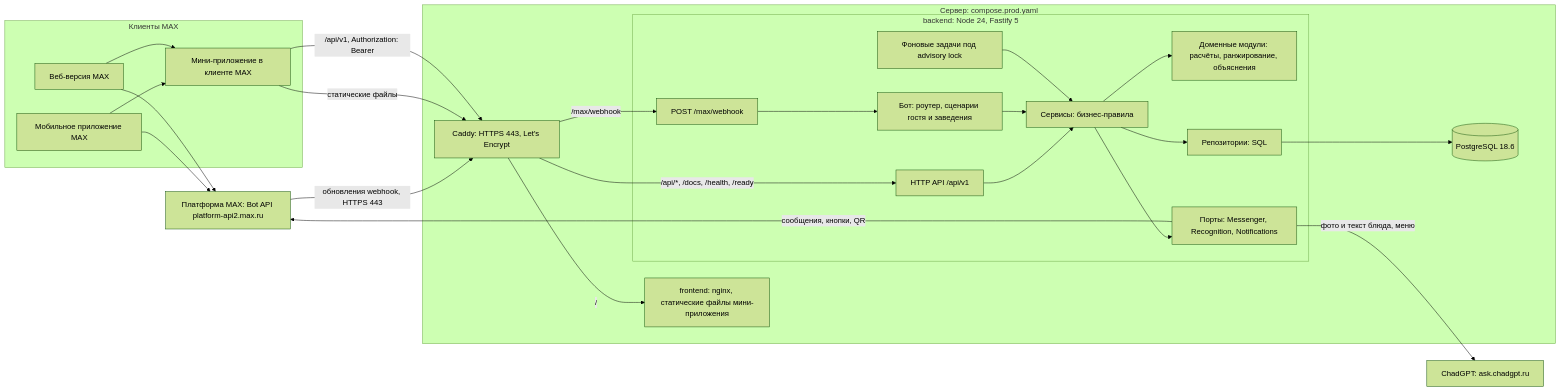
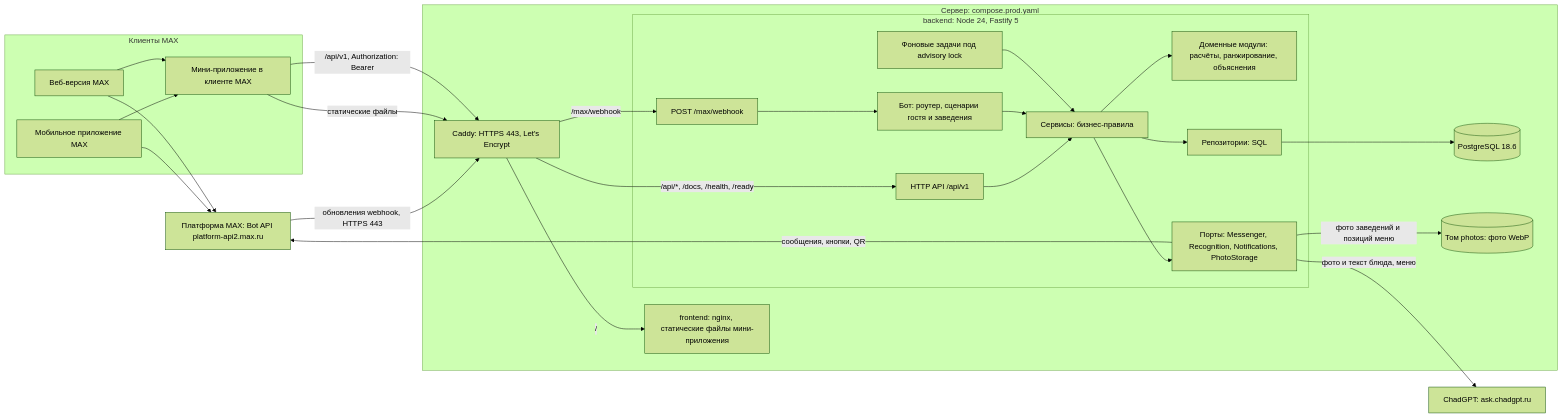
Before and after one commit to blsssss/PPshkin: the first of 6 diagrams in docs/architecture.md, drawn with Mermaid (forest theme). The commit also changed other lines of this file and 102 other files, not shown here.

````diff
--- a/docs/architecture.md
+++ b/docs/architecture.md
@@ -9,46 +9,48 @@
 ```mermaid
 flowchart LR
   subgraph clients["Клиенты MAX"]
     mobile["Мобильное приложение MAX"]
     webClient["Веб-версия MAX"]
     miniApp["Мини-приложение в клиенте MAX"]
   end
   platform["Платформа MAX: Bot API platform-api2.max.ru"]
   subgraph server["Сервер: compose.prod.yaml"]
     caddy["Caddy: HTTPS 443, Let's Encrypt"]
     frontend["frontend: nginx, статические файлы мини-приложения"]
     subgraph backend["backend: Node 24, Fastify 5"]
       webhook["POST /max/webhook"]
       api["HTTP API /api/v1"]
       bot["Бот: роутер, сценарии гостя и заведения"]
       jobs["Фоновые задачи под advisory lock"]
       services["Сервисы: бизнес-правила"]
       domain["Доменные модули: расчёты, ранжирование, объяснения"]
       repos["Репозитории: SQL"]
-      ports["Порты: Messenger, Recognition, Notifications"]
+      ports["Порты: Messenger, Recognition, Notifications, PhotoStorage"]
     end
     db[("PostgreSQL 18.6")]
+    photos[("Том photos: фото WebP")]
   end
   chadgpt["ChadGPT: ask.chadgpt.ru"]
 
   mobile --> platform
   webClient --> platform
   mobile --> miniApp
   webClient --> miniApp
   platform -- "обновления webhook, HTTPS 443" --> caddy
   miniApp -- "статические файлы" --> caddy
   miniApp -- "/api/v1, Authorization: Bearer" --> caddy
   caddy -- "/" --> frontend
   caddy -- "/api/*, /docs, /health, /ready" --> api
   caddy -- "/max/webhook" --> webhook
   webhook --> bot
   api --> services
   bot --> services
   jobs --> services
   services --> domain
   services --> repos
   repos --> db
   services --> ports
   ports -- "сообщения, кнопки, QR" --> platform
   ports -- "фото и текст блюда, меню" --> chadgpt
+  ports -- "фото заведений и позиций меню" --> photos
 ```
````
